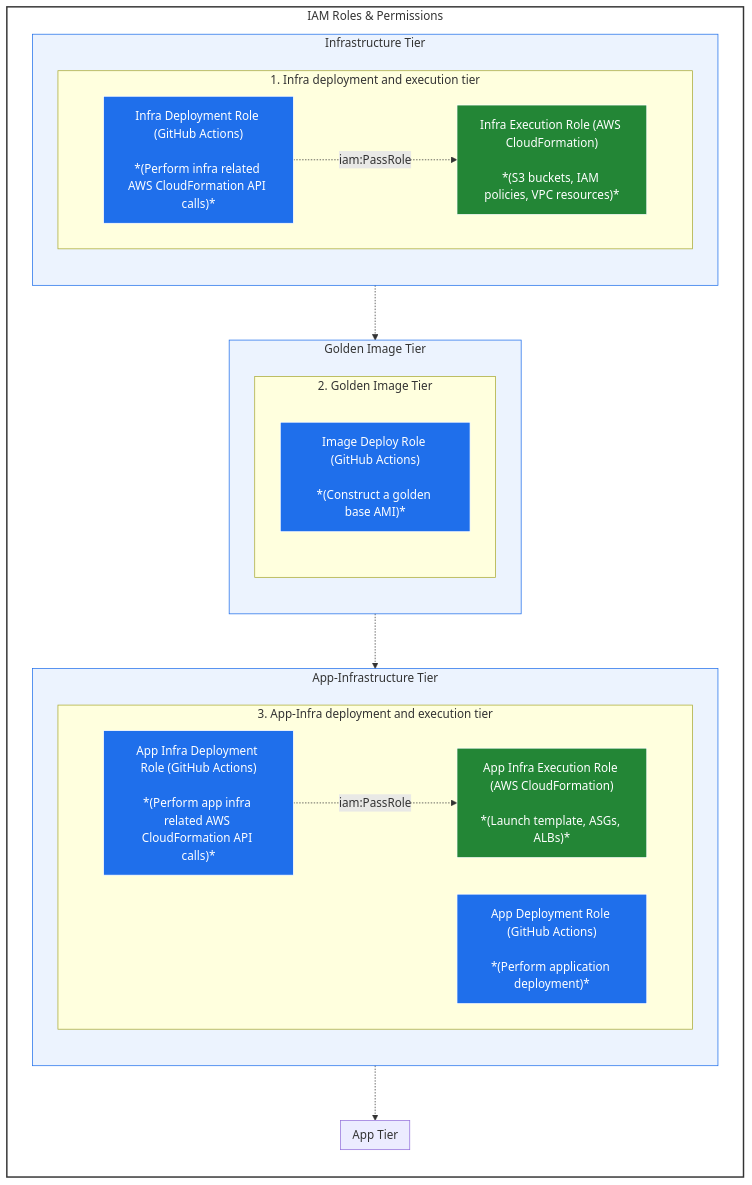
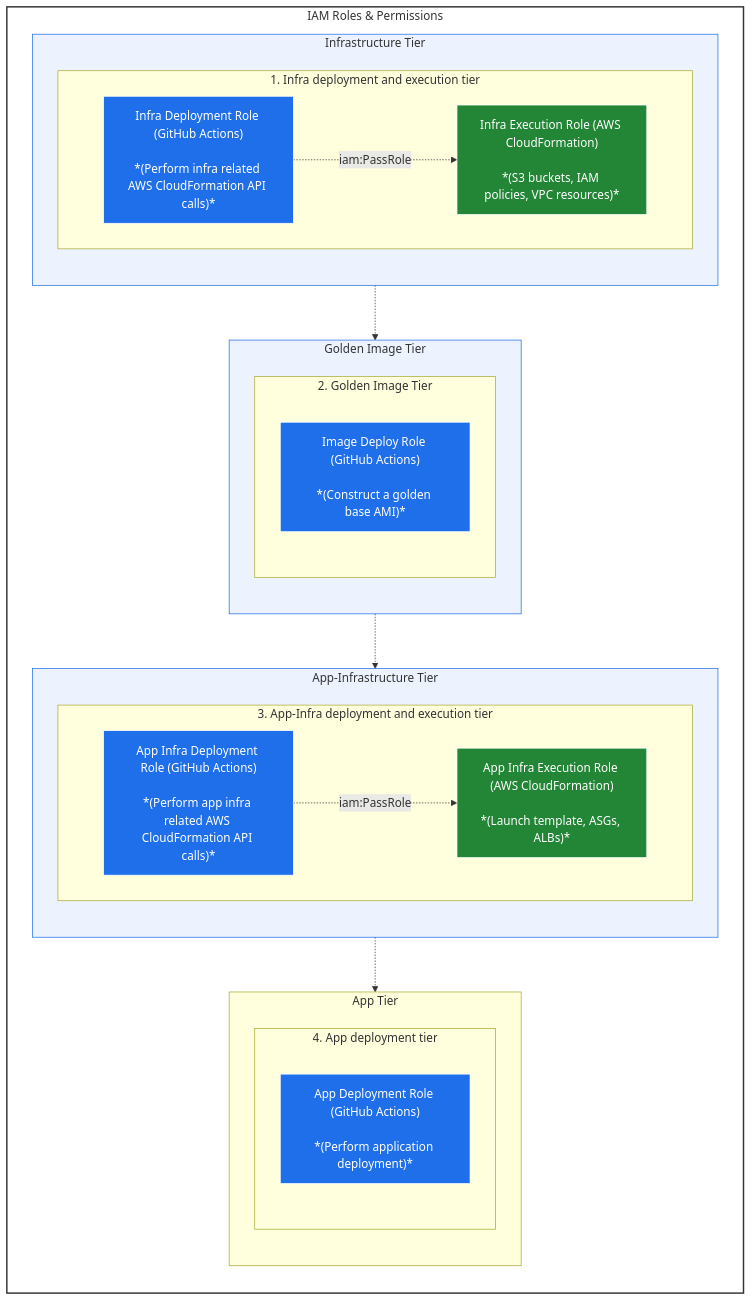
One commit to AdithyaBhatGS/aws-infrastructure-governance-assistant changed the diagram in README.md. Above: the diagram before and after it, drawn with Mermaid.

Commit message:
docs: modify the IAM Role diagram code

````diff
--- a/README.md
+++ b/README.md
@@ -72,51 +72,51 @@
 ```mermaid
 flowchart TB
     subgraph IAM ["IAM Roles & Permissions"]
         direction TB
 
         subgraph Infra ["Infrastructure Tier"]
             direction TB
             subgraph InfraSub1 ["1. Infra deployment and execution tier"]
                 direction LR
                 InfraDeployRole["Infra Deployment Role (GitHub Actions)<br/><br/>*(Perform infra related AWS CloudFormation API calls)*"]
                 InfraExecutionRole["Infra Execution Role (AWS CloudFormation)<br/><br/>*(S3 buckets, IAM policies, VPC resources)*"]
                 InfraDeployRole -.->|iam:PassRole| InfraExecutionRole
             end
         end
 
         subgraph GoldenImage ["Golden Image Tier"]
             direction TB
             subgraph GoldenImage1 ["2. Golden Image Tier"]
                 direction TB
                 ImageDeployRole["Image Deploy Role (GitHub Actions)<br/><br/>*(Construct a golden base AMI)*"]
             end
         end
 
         subgraph AppInfra ["App-Infrastructure Tier"]
             direction TB
-            subgraph InfraSub2 ["3. App-Infra deployment and execution tier"]
+            subgraph AppInfraSub2 ["3. App-Infra deployment and execution tier"]
                 direction LR
                 AppInfraDeployRole["App Infra Deployment Role (GitHub Actions)<br/><br/>*(Perform app infra related AWS CloudFormation API calls)*"]
                 AppInfraExecutionRole["App Infra Execution Role (AWS CloudFormation)<br/><br/>*(Launch template, ASGs, ALBs)*"]
                 AppInfraDeployRole -.->|iam:PassRole| AppInfraExecutionRole
             end
         end
 
         subgraph App ["App Tier"]
             direction TB
-            subgraph InfraSub2 ["4. App deployment tier"]
+            subgraph AppSub1 ["4. App deployment tier"]
                 direction TB
                 AppDeployRole["App Deployment Role (GitHub Actions)<br/><br/>*(Perform application deployment)*"]
             end
         end
         Infra -.-> GoldenImage -.-> AppInfra -.-> App
     end
 
     style IAM fill:none,stroke:#333,stroke-width:2px
     classDef innerBox fill:#1f6feb15,stroke:#1f6feb,stroke-width:1px;
     class Infra,GoldenImage,AppInfra innerBox;
     classDef innerSub1Box fill:#1f6feb,stroke:#fff,stroke-width:1px,color:#fff
     class InfraDeployRole,AppInfraDeployRole,ImageDeployRole,AppDeployRole innerSub1Box
     classDef innerSub2Box fill:#238636,stroke:#fff,stroke-width:1px,color:#fff
     class InfraExecutionRole,AppInfraExecutionRole innerSub2Box
 ```
````
